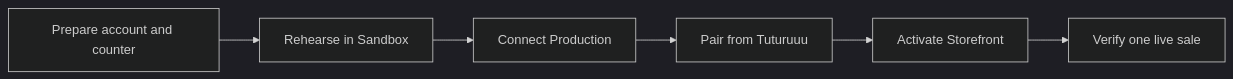
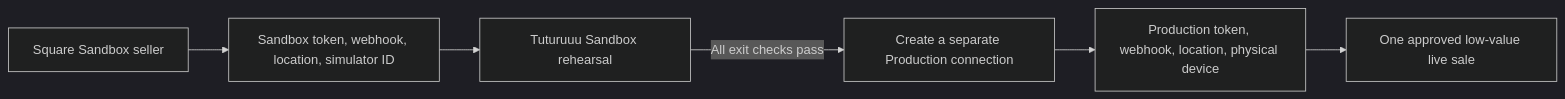
One commit to mad-code333/tuturu changed the second of 2 diagrams in apps/docs/platform/applications/inventory-square-pos.mdx. Above: the diagram before and after it, drawn with Mermaid (dark theme). The commit also changed other lines of this file and 8 other files, not shown here.

````diff
--- a/apps/docs/platform/applications/inventory-square-pos.mdx
+++ b/apps/docs/platform/applications/inventory-square-pos.mdx
@@ -36,8 +117,8 @@
 ```mermaid
 flowchart LR
-  A["Prepare account and counter"] --> B["Rehearse in Sandbox"]
-  B --> C["Connect Production"]
-  C --> D["Pair from Tuturuuu"]
-  D --> E["Activate Storefront"]
-  E --> F["Verify one live sale"]
+  A["Square Sandbox seller"] --> B["Sandbox token, webhook, location, simulator ID"]
+  B --> C["Tuturuuu Sandbox rehearsal"]
+  C -->|"All exit checks pass"| D["Create a separate Production connection"]
+  D --> E["Production token, webhook, location, physical device"]
+  E --> F["One approved low-value live sale"]
 ```
````
